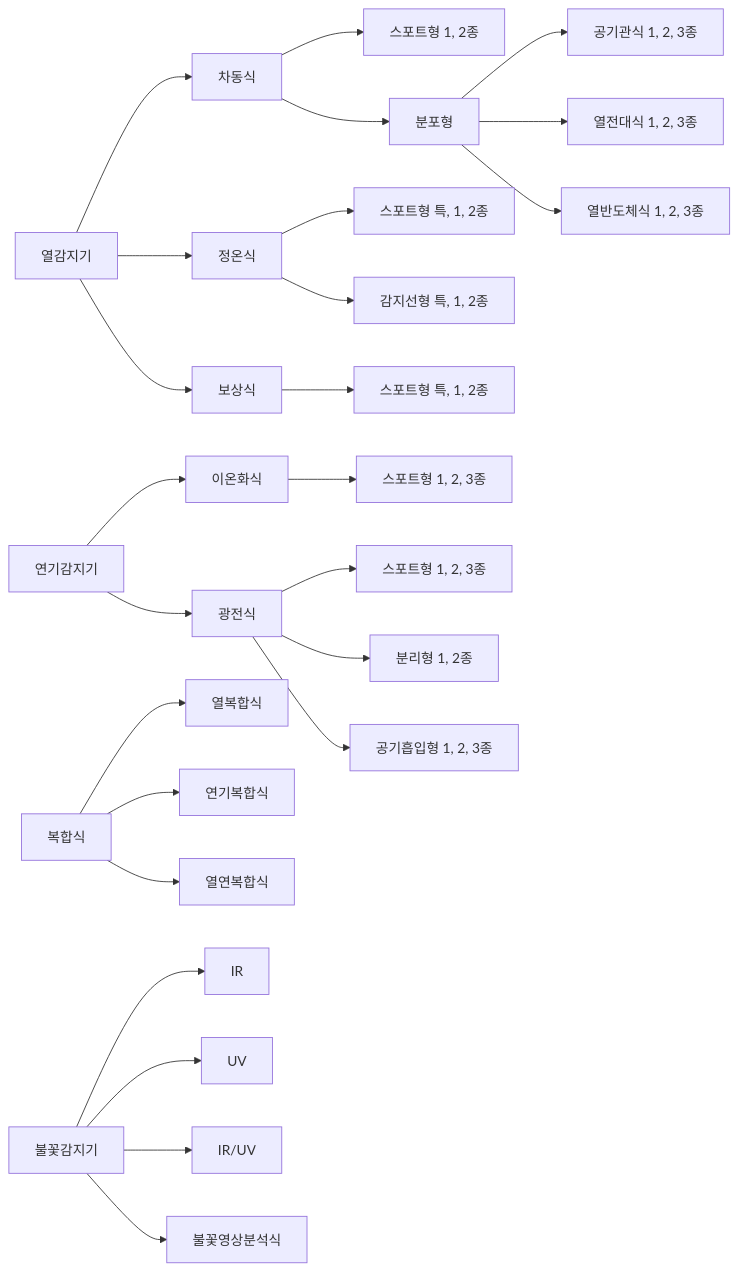
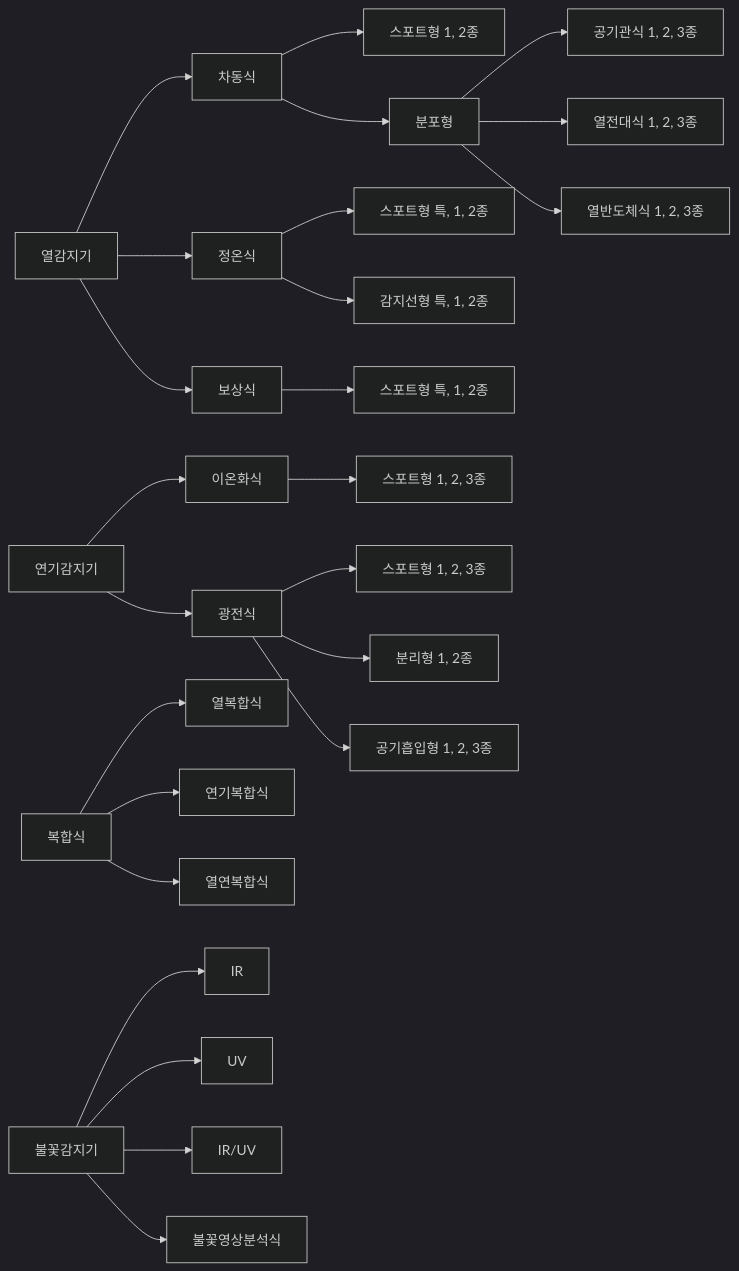
Before and after one commit to Kim-MenBoong/Kim-MenBoong.github.io: the diagram in _posts/study/소방설비/2023-03-25-소방설비_1_감지기.md, drawn with Mermaid.

```diff
--- a/_posts/study/소방설비/2023-03-25-소방설비_1_감지기.md
+++ b/_posts/study/소방설비/2023-03-25-소방설비_1_감지기.md
@@ -26,35 +26,35 @@
 <div class="mermaid"> 
-%% {"theme": "dark"}%%
+%%{init: {'theme':'dark'}}%%
 flowchart LR
     A[열감지기] --> A1[차동식]
     A --> A2[정온식]
     A --> A3[보상식]
 
         A1 --> A11[스포트형 1, 2종]
         A1 --> A12[분포형]
         A12 --> A211[공기관식 1, 2, 3종]
         A12 --> A212[열전대식 1, 2, 3종]
         A12 --> A213[열반도체식 1, 2, 3종]
 
         A2 --> A21[스포트형 특, 1, 2종]
         A2 --> A22[감지선형 특, 1, 2종]
 
         A3 --> A31[스포트형 특, 1, 2종]
 
     B[연기감지기] --> B1[이온화식]
     B --> B2[광전식]
     
         B1 --> B11[스포트형 1, 2, 3종]
         B2 --> B21[스포트형 1, 2, 3종]
         B2 --> B22[분리형 1, 2종]
         B2 --> B23[공기흡입형 1, 2, 3종]
 
     C[복합식] --> 열복합식
     C --> 연기복합식
     C --> 열연복합식
 
     D[불꽃감지기] --> IR
     D --> UV
     D --> IR/UV
     D --> 불꽃영상분석식
 </div>
```
